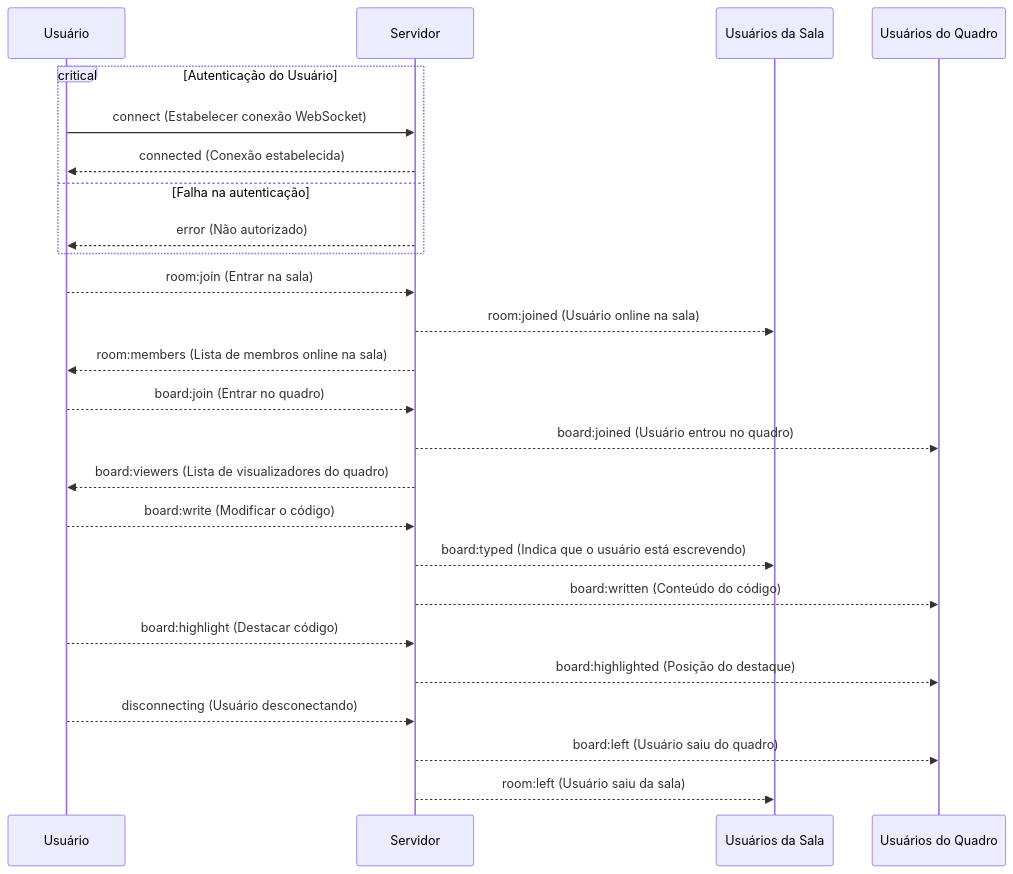
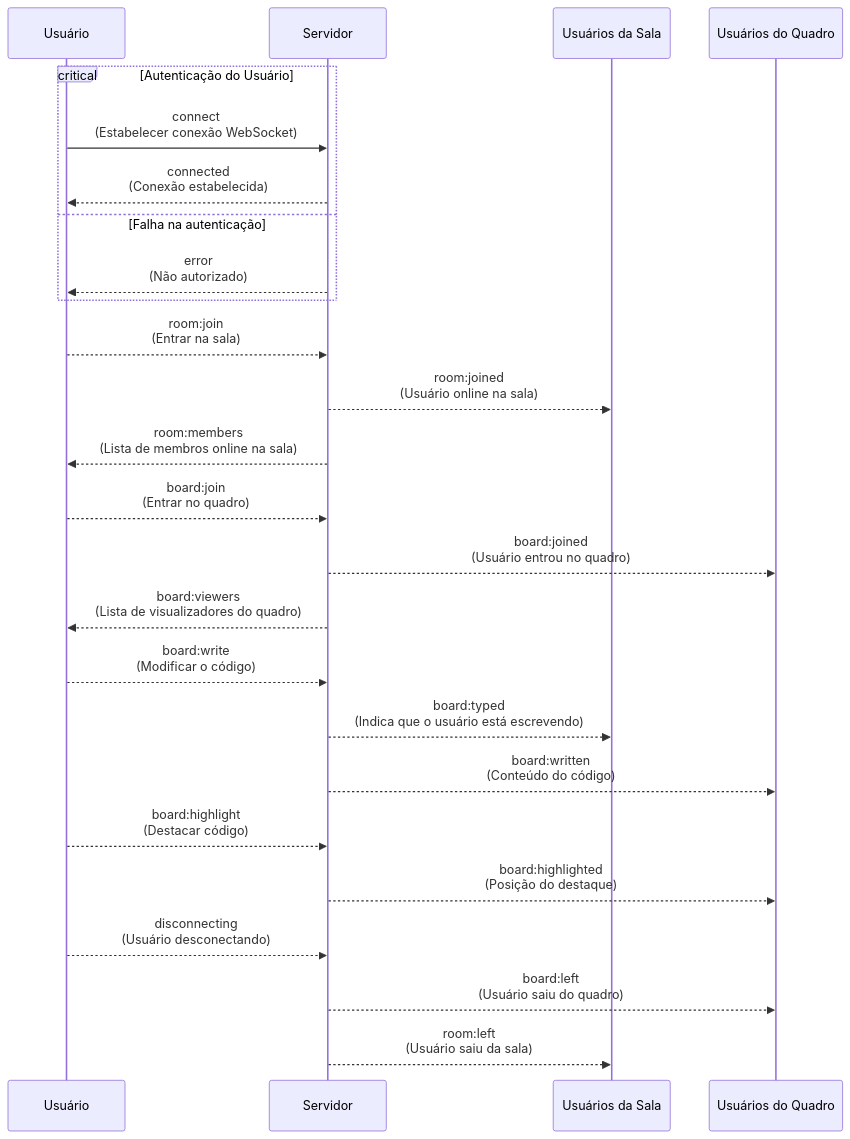
One commit to pitroldev/uerj-tcc changed the diagram in diagrams/websocket-flow.mmd. Above: the diagram before and after it, drawn with Mermaid. The commit also changed 2 other files, not shown here.

```diff
--- a/diagrams/websocket-flow.mmd
+++ b/diagrams/websocket-flow.mmd
@@ -1,31 +1,31 @@
 sequenceDiagram
     participant Cliente as Usuário
     participant Servidor as Servidor
     participant Sala as Usuários da Sala
     participant Quadro as Usuários do Quadro
 
     critical Autenticação do Usuário
-        Cliente->>Servidor: connect (Estabelecer conexão WebSocket)
-        Servidor-->>Cliente: connected (Conexão estabelecida)
+        Cliente->>Servidor: connect <br/> (Estabelecer conexão WebSocket)
+        Servidor-->>Cliente: connected <br/> (Conexão estabelecida)
     option Falha na autenticação
-        Servidor-->>Cliente: error (Não autorizado)
+        Servidor-->>Cliente: error <br/> (Não autorizado)
     end
-    Cliente-->>Servidor: room:join (Entrar na sala)
+    Cliente-->>Servidor: room:join <br/> (Entrar na sala)
 
-    Servidor-->>Sala: room:joined (Usuário online na sala)
-    Servidor-->>Cliente: room:members (Lista de membros online na sala)
+    Servidor-->>Sala: room:joined <br/> (Usuário online na sala)
+    Servidor-->>Cliente: room:members <br/> (Lista de membros online na sala)
     
-    Cliente-->>Servidor: board:join (Entrar no quadro)
-    Servidor-->>Quadro: board:joined (Usuário entrou no quadro)
-    Servidor-->>Cliente: board:viewers (Lista de visualizadores do quadro)
+    Cliente-->>Servidor: board:join <br/> (Entrar no quadro)
+    Servidor-->>Quadro: board:joined <br/> (Usuário entrou no quadro)
+    Servidor-->>Cliente: board:viewers <br/> (Lista de visualizadores do quadro)
     
-    Cliente-->>Servidor: board:write (Modificar o código)
-    Servidor-->>Sala: board:typed (Indica que o usuário está escrevendo)
-    Servidor-->>Quadro: board:written (Conteúdo do código)
+    Cliente-->>Servidor: board:write <br/> (Modificar o código)
+    Servidor-->>Sala: board:typed <br/> (Indica que o usuário está escrevendo)
+    Servidor-->>Quadro: board:written <br/> (Conteúdo do código)
     
-    Cliente-->>Servidor: board:highlight (Destacar código)
-    Servidor-->>Quadro: board:highlighted (Posição do destaque)
+    Cliente-->>Servidor: board:highlight <br/> (Destacar código)
+    Servidor-->>Quadro: board:highlighted <br/> (Posição do destaque)
     
-    Cliente-->>Servidor: disconnecting (Usuário desconectando)
-    Servidor-->>Quadro: board:left (Usuário saiu do quadro)
-    Servidor-->>Sala: room:left (Usuário saiu da sala)
+    Cliente-->>Servidor: disconnecting <br/> (Usuário desconectando)
+    Servidor-->>Quadro: board:left <br/> (Usuário saiu do quadro)
+    Servidor-->>Sala: room:left <br/> (Usuário saiu da sala)
```
